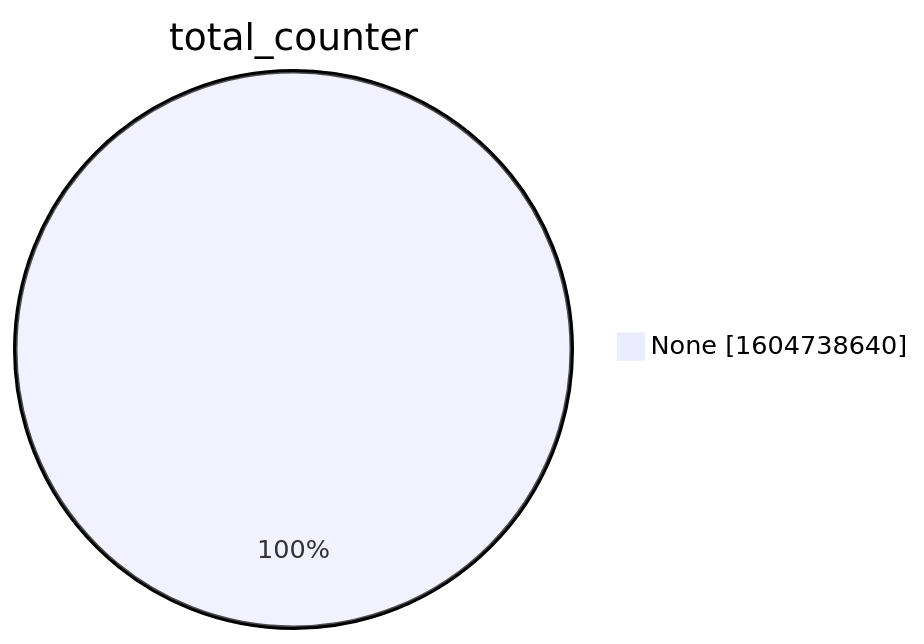
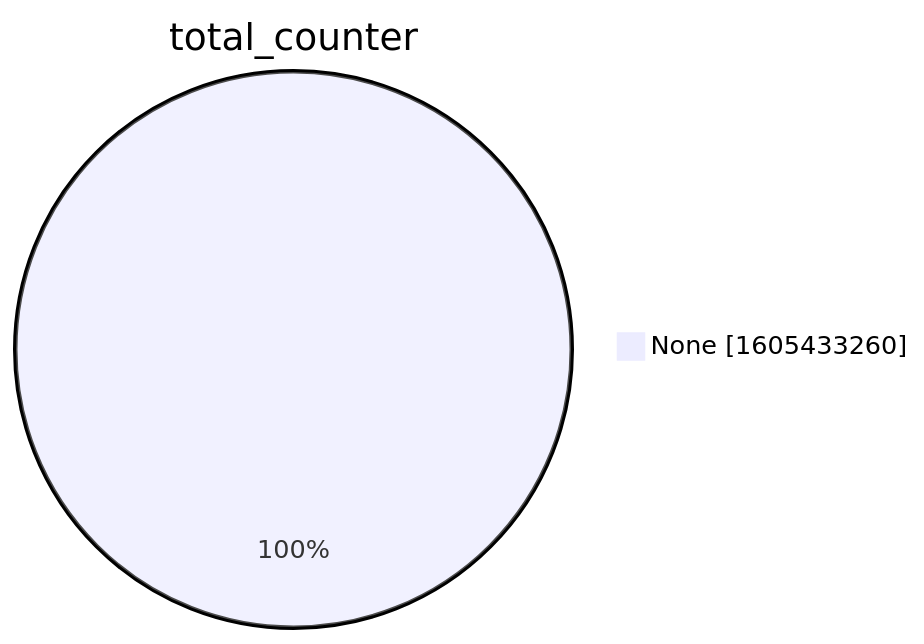
The second of 15 diagrams in xenon2022/README.md (christiankrug/ctmonitor_visualization), drawn with Mermaid before and after one commit. The commit also changed other lines of this file, not shown here.

````diff
--- a/xenon2022/README.md
+++ b/xenon2022/README.md
@@ -9,5 +9,5 @@
 ```mermaid
 pie showData
 title total_counter
-"None" :1604738640
+"None" :1605433260
 ```
````
